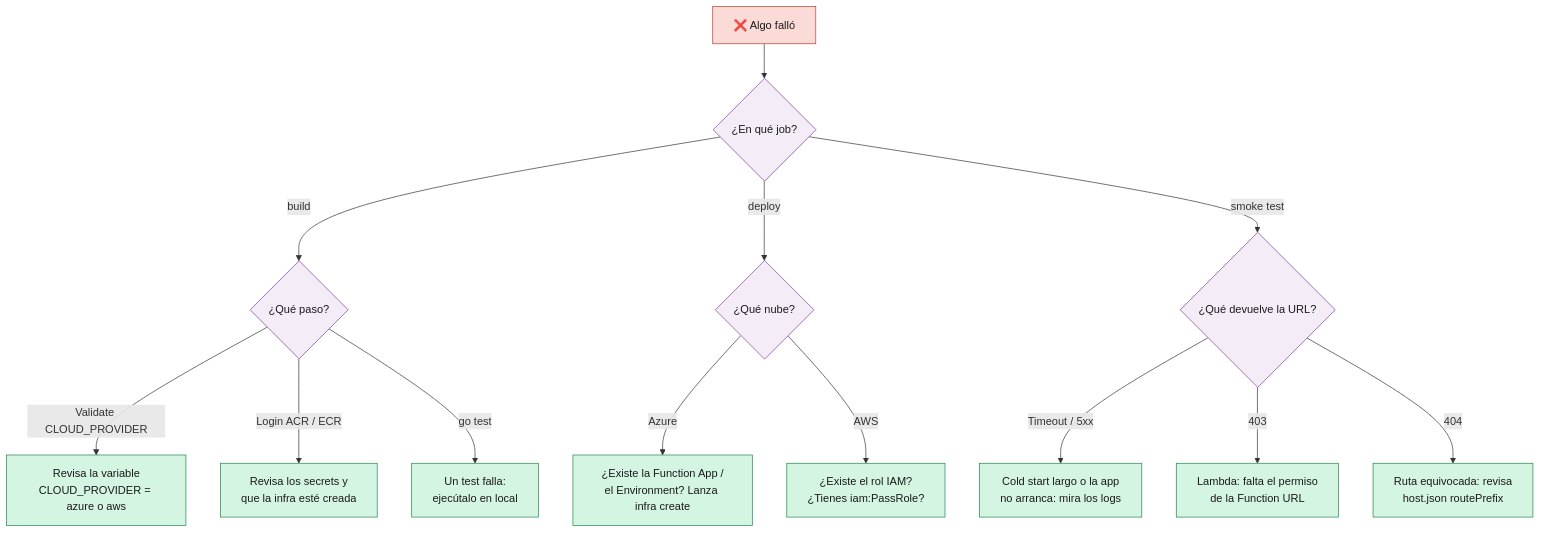
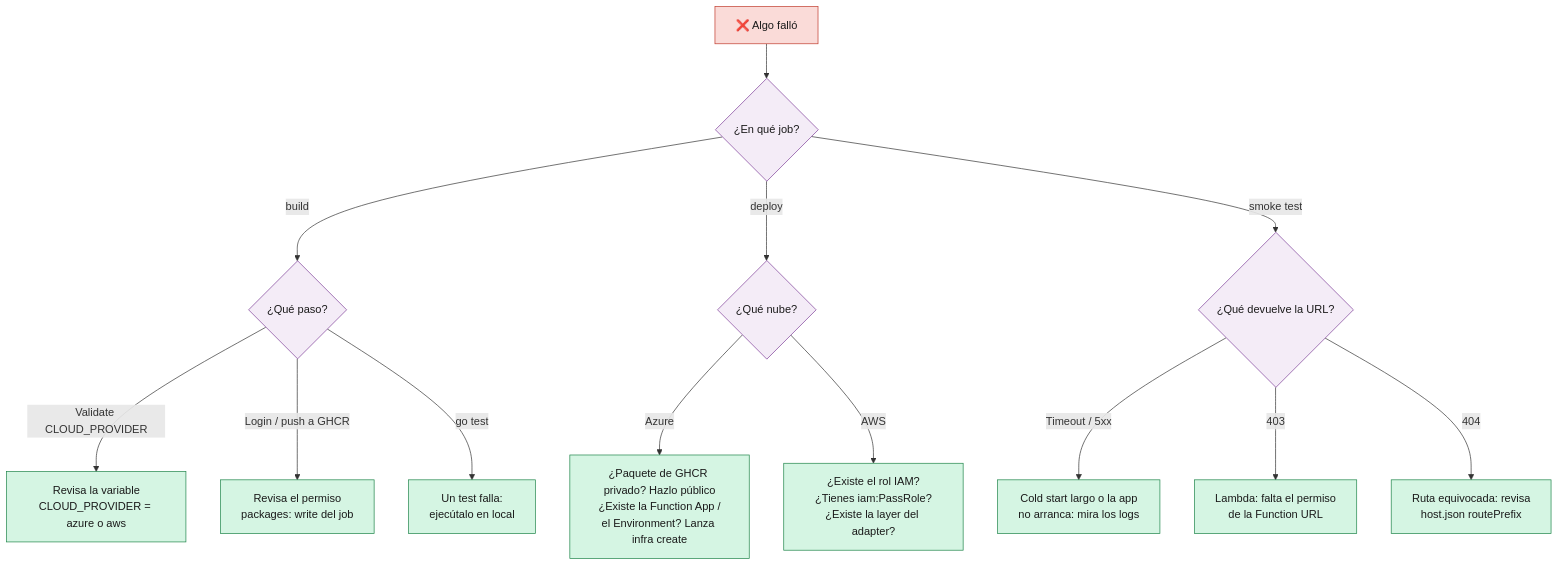
One commit to yembertQC/Reto_Platform-Enginner_ED-Team changed the diagram in doc/09-Operacion-y-Troubleshooting.md. Above: the diagram before and after it, drawn with Mermaid. The commit also changed other lines of this file and 28 other files, not shown here.

````diff
--- a/doc/09-Operacion-y-Troubleshooting.md
+++ b/doc/09-Operacion-y-Troubleshooting.md
@@ -64,25 +68,25 @@
 ```mermaid
 flowchart TB
     START["❌ Algo falló"] --> Q1{"¿En qué job?"}
 
     Q1 -->|"build"| B{"¿Qué paso?"}
     B -->|"Validate CLOUD_PROVIDER"| B1["Revisa la variable<br/>CLOUD_PROVIDER = azure o aws"]
-    B -->|"Login ACR / ECR"| B2["Revisa los secrets y<br/>que la infra esté creada"]
+    B -->|"Login / push a GHCR"| B2["Revisa el permiso<br/>packages: write del job"]
     B -->|"go test"| B3["Un test falla:<br/>ejecútalo en local"]
 
     Q1 -->|"deploy"| D{"¿Qué nube?"}
-    D -->|"Azure"| D1["¿Existe la Function App /<br/>el Environment? Lanza infra create"]
-    D -->|"AWS"| D2["¿Existe el rol IAM?<br/>¿Tienes iam:PassRole?"]
+    D -->|"Azure"| D1["¿Paquete de GHCR privado? Hazlo público<br/>¿Existe la Function App /<br/>el Environment? Lanza infra create"]
+    D -->|"AWS"| D2["¿Existe el rol IAM?<br/>¿Tienes iam:PassRole?<br/>¿Existe la layer del adapter?"]
 
     Q1 -->|"smoke test"| S{"¿Qué devuelve la URL?"}
     S -->|"Timeout / 5xx"| S1["Cold start largo o la app<br/>no arranca: mira los logs"]
     S -->|"403"| S2["Lambda: falta el permiso<br/>de la Function URL"]
     S -->|"404"| S3["Ruta equivocada: revisa<br/>host.json routePrefix"]
 
     classDef bad fill:#FADBD8,stroke:#C0392B,color:#1a1a1a
     classDef q fill:#F4ECF7,stroke:#7D3C98,color:#1a1a1a
     classDef fix fill:#D5F5E3,stroke:#1E8449,color:#1a1a1a
     class START bad
     class Q1,B,D,S q
     class B1,B2,B3,D1,D2,S1,S2,S3 fix
 ```
````
